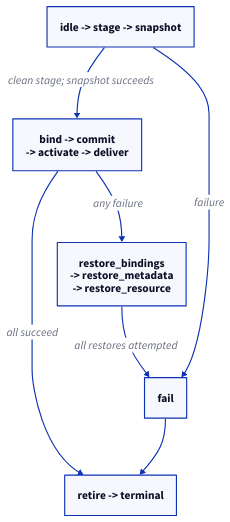
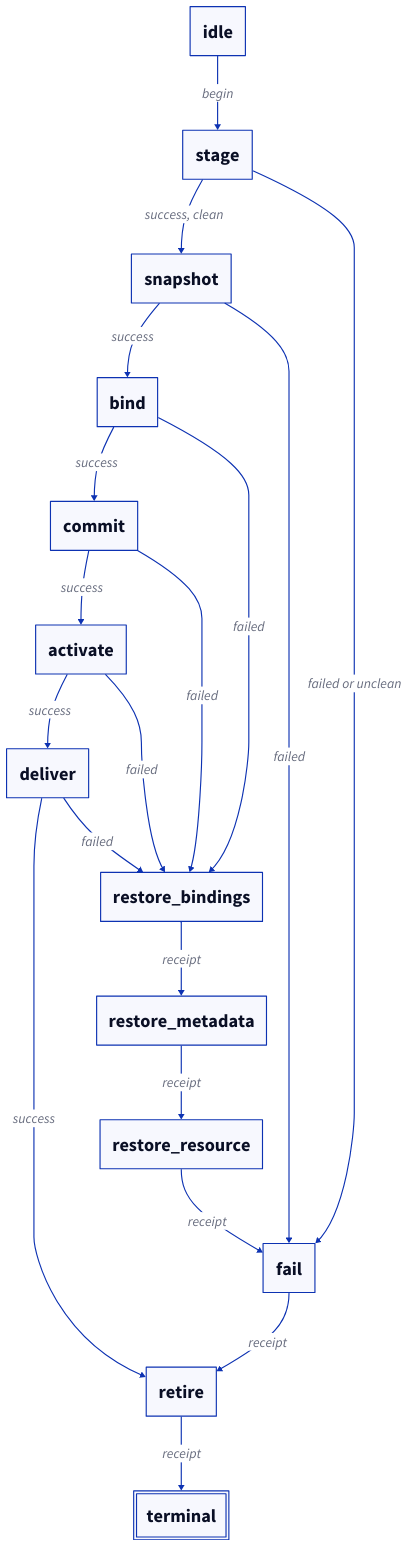
One commit to rei277hz/chromaticity changed the diagram in products/perceptual-grade-book/docs/book/diagrams/05-parameter-publication.d2. Above: the diagram before and after it, drawn with D2. The commit also changed 266 other files, not shown here.

```diff
--- a/products/perceptual-grade-book/docs/book/diagrams/05-parameter-publication.d2
+++ b/products/perceptual-grade-book/docs/book/diagrams/05-parameter-publication.d2
@@ -1,16 +1,39 @@
 direction: down
 
-start: "idle -> stage -> snapshot"
-transaction: "bind -> commit\n-> activate -> deliver"
-restore: "restore_bindings\n-> restore_metadata\n-> restore_resource"
+idle: "idle"
+stage: "stage"
+snapshot: "snapshot"
+bind: "bind"
+commit: "commit"
+activate: "activate"
+deliver: "deliver"
+restore_bindings: "restore_bindings"
+restore_metadata: "restore_metadata"
+restore_resource: "restore_resource"
 fail: "fail"
-finish: "retire -> terminal"
-start -> transaction: "clean stage; snapshot succeeds"
-start -> fail: "failure"
-transaction -> finish: "all succeed"
-transaction -> restore: "any failure"
-restore -> fail: "all restores attempted"
-fail -> finish
+retire: "retire"
+terminal: "terminal" {
+  style.double-border: true
+}
 
-**.style.font-size: 20
-(** -> **)[*].style.font-size: 20
+idle -> stage: "begin"
+stage -> snapshot: "success, clean"
+stage -> fail: "failed or unclean"
+snapshot -> bind: "success"
+snapshot -> fail: "failed"
+bind -> commit: "success"
+bind -> restore_bindings: "failed"
+commit -> activate: "success"
+commit -> restore_bindings: "failed"
+activate -> deliver: "success"
+activate -> restore_bindings: "failed"
+deliver -> retire: "success"
+deliver -> restore_bindings: "failed"
+restore_bindings -> restore_metadata: "receipt"
+restore_metadata -> restore_resource: "receipt"
+restore_resource -> fail: "receipt"
+fail -> retire: "receipt"
+retire -> terminal: "receipt"
+
+**.style.font-size: 32
+(** -> **)[*].style.font-size: 24
```
